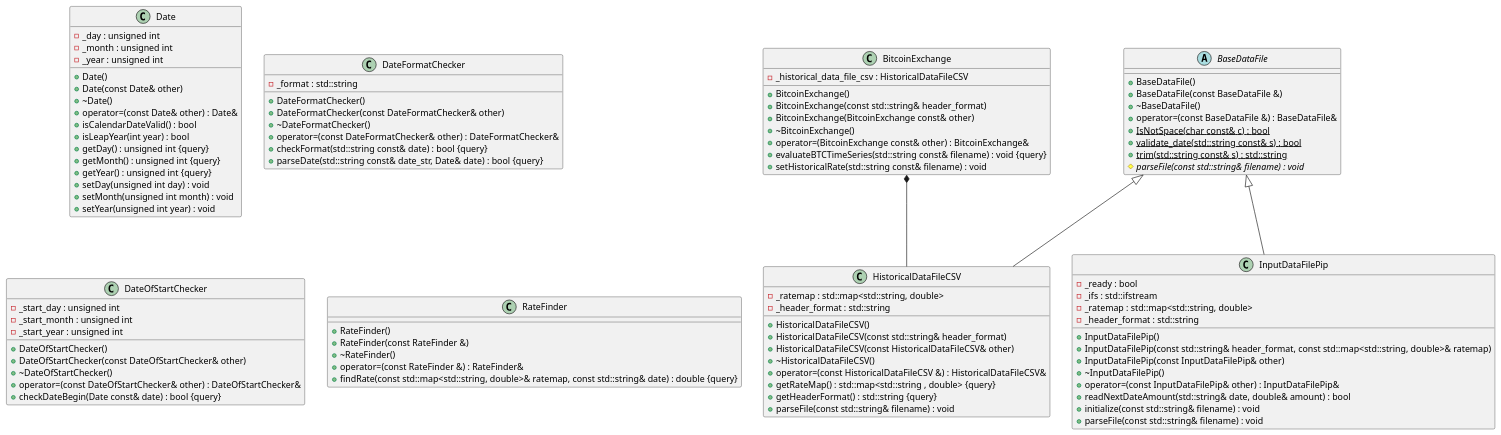
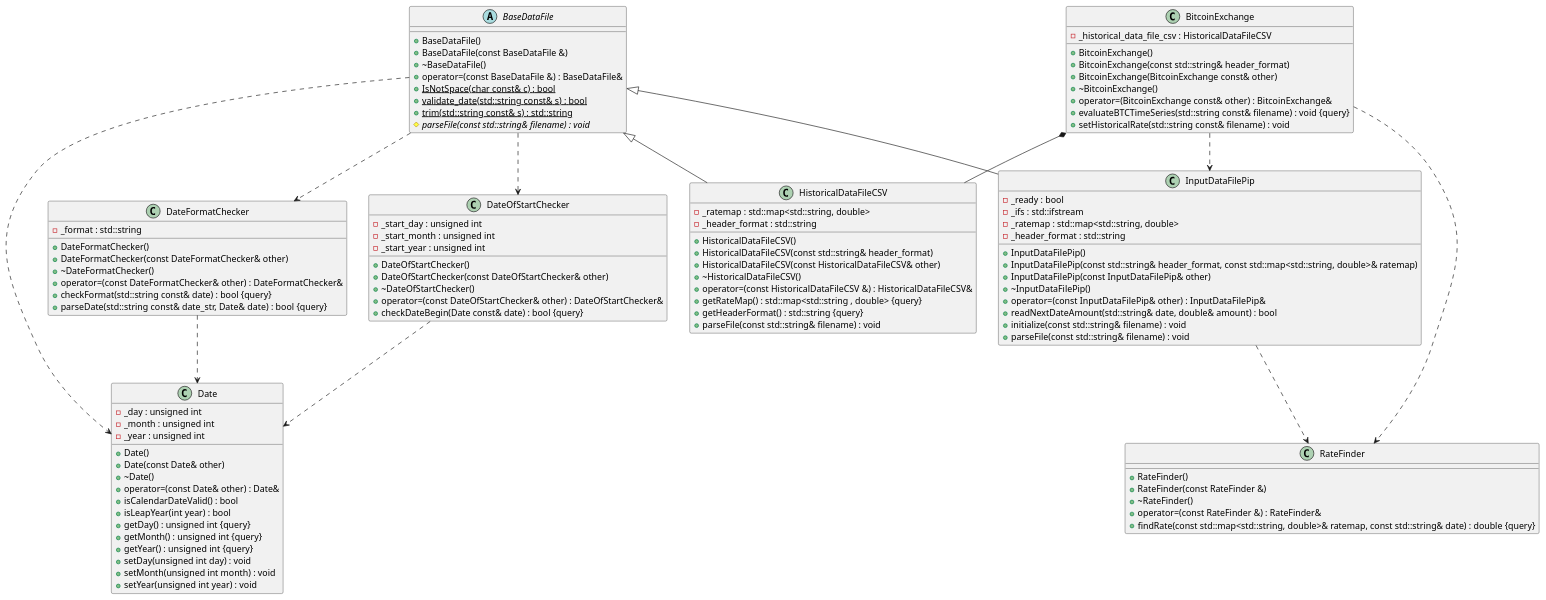
Before and after one commit to ra121e/cpp09: the diagram in ex00/btc.puml, drawn with PlantUML.

Commit message:
ex00) fix: class diagram file by AI check
  add dependancy as function calling

```diff
--- a/ex00/btc.puml
+++ b/ex00/btc.puml
@@ -1,141 +1,160 @@
 @startuml
 
 
 
 
 
 /' Objects '/
 
 abstract class BaseDataFile {
 	+BaseDataFile()
 	+BaseDataFile(const BaseDataFile &)
 	+~BaseDataFile()
 	+operator=(const BaseDataFile &) : BaseDataFile&
 	+{static} IsNotSpace(char const& c) : bool
 	+{static} validate_date(std::string const& s) : bool
 	+{static} trim(std::string const& s) : std::string
 	#{abstract} parseFile(const std::string& filename) : void
 }
 
 
 class BitcoinExchange {
 	+BitcoinExchange()
 	+BitcoinExchange(const std::string& header_format)
 	+BitcoinExchange(BitcoinExchange const& other)
 	+~BitcoinExchange()
 	+operator=(BitcoinExchange const& other) : BitcoinExchange&
 	-_historical_data_file_csv : HistoricalDataFileCSV
 	+evaluateBTCTimeSeries(std::string const& filename) : void {query}
 	+setHistoricalRate(std::string const& filename) : void
 }
 
 
 class Date {
 	+Date()
 	+Date(const Date& other)
 	+~Date()
 	+operator=(const Date& other) : Date&
 	+isCalendarDateValid() : bool
 	+isLeapYear(int year) : bool
 	-_day : unsigned int
 	-_month : unsigned int
 	-_year : unsigned int
 	+getDay() : unsigned int {query}
 	+getMonth() : unsigned int {query}
 	+getYear() : unsigned int {query}
 	+setDay(unsigned int day) : void
 	+setMonth(unsigned int month) : void
 	+setYear(unsigned int year) : void
 }
 
 
 class DateFormatChecker {
 	+DateFormatChecker()
 	+DateFormatChecker(const DateFormatChecker& other)
 	+~DateFormatChecker()
 	+operator=(const DateFormatChecker& other) : DateFormatChecker&
 	+checkFormat(std::string const& date) : bool {query}
 	+parseDate(std::string const& date_str, Date& date) : bool {query}
 	-_format : std::string
 }
 
 
 class DateOfStartChecker {
 	+DateOfStartChecker()
 	+DateOfStartChecker(const DateOfStartChecker& other)
 	+~DateOfStartChecker()
 	+operator=(const DateOfStartChecker& other) : DateOfStartChecker&
 	+checkDateBegin(Date const& date) : bool {query}
 	-_start_day : unsigned int
 	-_start_month : unsigned int
 	-_start_year : unsigned int
 }
 
 
 class HistoricalDataFileCSV {
 	+HistoricalDataFileCSV()
 	+HistoricalDataFileCSV(const std::string& header_format)
 	+HistoricalDataFileCSV(const HistoricalDataFileCSV& other)
 	+~HistoricalDataFileCSV()
 	+operator=(const HistoricalDataFileCSV &) : HistoricalDataFileCSV&
 	+getRateMap() : std::map<std::string , double> {query}
 	-_ratemap : std::map<std::string, double>
 	-_header_format : std::string
 	+getHeaderFormat() : std::string {query}
 	+parseFile(const std::string& filename) : void
 }
 
 
 class InputDataFilePip {
 	+InputDataFilePip()
 	+InputDataFilePip(const std::string& header_format, const std::map<std::string, double>& ratemap)
 	+InputDataFilePip(const InputDataFilePip& other)
 	+~InputDataFilePip()
 	+operator=(const InputDataFilePip& other) : InputDataFilePip&
 	-_ready : bool
 	+readNextDateAmount(std::string& date, double& amount) : bool
 	-_ifs : std::ifstream
 	-_ratemap : std::map<std::string, double>
 	-_header_format : std::string
 	+initialize(const std::string& filename) : void
 	+parseFile(const std::string& filename) : void
 }
 
 
 class RateFinder {
 	+RateFinder()
 	+RateFinder(const RateFinder &)
 	+~RateFinder()
 	+operator=(const RateFinder &) : RateFinder&
 	+findRate(const std::map<std::string, double>& ratemap, const std::string& date) : double {query}
 }
 
 
 
 
 
 /' Inheritance relationships '/
 
 BaseDataFile <|-- HistoricalDataFileCSV
 
 
 BaseDataFile <|-- InputDataFilePip
 
 
 
 
 
 /' Aggregation relationships '/
 
 BitcoinExchange *-- HistoricalDataFileCSV
 
 
 
 
 
 
+
+/' Dependency relationships '/
+
+BaseDataFile ..> DateFormatChecker
+BaseDataFile ..> DateOfStartChecker
+BaseDataFile ..> Date
+
+DateFormatChecker ..> Date
+DateOfStartChecker ..> Date
+
+BitcoinExchange ..> InputDataFilePip
+BitcoinExchange ..> RateFinder
+
+InputDataFilePip ..> RateFinder
+
+
+
+
+
 /' Nested objects '/
 
 
 
 @enduml
```
